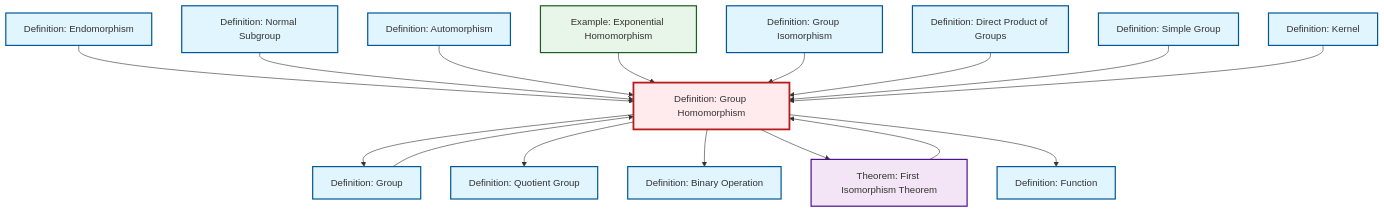
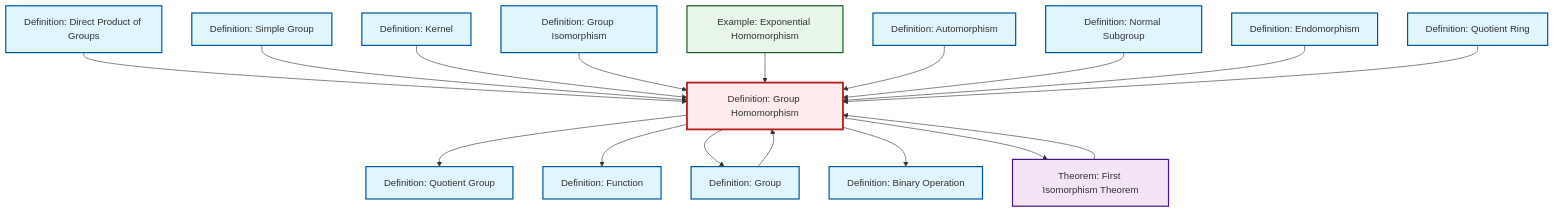
One commit to RK0429/ModernMath changed the diagram in content/en/algebra/def-homomorphism.qmd. Above: the diagram before and after it, drawn with Mermaid. The commit also changed 597 other files, not shown here.

````diff
--- a/content/en/algebra/def-homomorphism.qmd
+++ b/content/en/algebra/def-homomorphism.qmd
@@ -62,52 +62,55 @@
 ```{mermaid}
 %%| fig-cap: "Local dependency graph"
 graph TD
     classDef definition fill:#e1f5fe,stroke:#01579b,stroke-width:2px
     classDef theorem fill:#f3e5f5,stroke:#4a148c,stroke-width:2px
     classDef axiom fill:#fff3e0,stroke:#e65100,stroke-width:2px
     classDef example fill:#e8f5e9,stroke:#1b5e20,stroke-width:2px
     classDef current fill:#ffebee,stroke:#b71c1c,stroke-width:3px
     def-simple-group["Definition: Simple Group"]:::definition
+    def-homomorphism["Definition: Group Homomorphism"]:::definition
+    def-automorphism["Definition: Automorphism"]:::definition
+    def-function["Definition: Function"]:::definition
+    def-isomorphism["Definition: Group Isomorphism"]:::definition
+    ex-exponential-homomorphism["Example: Exponential Homomorphism"]:::example
+    def-quotient-ring["Definition: Quotient Ring"]:::definition
+    def-endomorphism["Definition: Endomorphism"]:::definition
+    def-kernel["Definition: Kernel"]:::definition
+    def-quotient-group["Definition: Quotient Group"]:::definition
+    thm-first-isomorphism["Theorem: First Isomorphism Theorem"]:::theorem
+    def-normal-subgroup["Definition: Normal Subgroup"]:::definition
+    def-direct-product["Definition: Direct Product of Groups"]:::definition
+    def-group["Definition: Group"]:::definition
     def-binary-operation["Definition: Binary Operation"]:::definition
-    def-function["Definition: Function"]:::definition
-    ex-exponential-homomorphism["Example: Exponential Homomorphism"]:::example
-    def-normal-subgroup["Definition: Normal Subgroup"]:::definition
-    def-quotient-group["Definition: Quotient Group"]:::definition
-    def-isomorphism["Definition: Group Isomorphism"]:::definition
-    def-kernel["Definition: Kernel"]:::definition
-    def-endomorphism["Definition: Endomorphism"]:::definition
-    def-group["Definition: Group"]:::definition
-    def-automorphism["Definition: Automorphism"]:::definition
-    def-homomorphism["Definition: Group Homomorphism"]:::definition
-    thm-first-isomorphism["Theorem: First Isomorphism Theorem"]:::theorem
-    def-direct-product["Definition: Direct Product of Groups"]:::definition
-    def-endomorphism --> def-homomorphism
-    def-normal-subgroup --> def-homomorphism
-    def-automorphism --> def-homomorphism
-    def-homomorphism --> def-group
-    ex-exponential-homomorphism --> def-homomorphism
-    def-isomorphism --> def-homomorphism
     def-direct-product --> def-homomorphism
-    thm-first-isomorphism --> def-homomorphism
-    def-group --> def-homomorphism
-    def-homomorphism --> def-quotient-group
-    def-homomorphism --> def-binary-operation
-    def-homomorphism --> thm-first-isomorphism
-    def-homomorphism --> def-function
     def-simple-group --> def-homomorphism
     def-kernel --> def-homomorphism
+    def-homomorphism --> def-quotient-group
+    def-isomorphism --> def-homomorphism
+    def-group --> def-homomorphism
+    ex-exponential-homomorphism --> def-homomorphism
+    def-automorphism --> def-homomorphism
+    def-normal-subgroup --> def-homomorphism
+    def-homomorphism --> def-function
+    def-homomorphism --> def-group
+    def-homomorphism --> def-binary-operation
+    def-endomorphism --> def-homomorphism
+    def-quotient-ring --> def-homomorphism
+    def-homomorphism --> thm-first-isomorphism
+    thm-first-isomorphism --> def-homomorphism
     class def-homomorphism current
     click def-simple-group "def-simple-group.html" "Go to Simple Group definition"
+    click def-automorphism "def-automorphism.html" "Go to Automorphism definition"
+    click def-function "def-function.html" "Go to Function definition"
+    click def-isomorphism "def-isomorphism.html" "Go to Group Isomorphism definition"
+    click ex-exponential-homomorphism "ex-exponential-homomorphism.html" "Go to Exponential Homomorphism example"
+    click def-quotient-ring "def-quotient-ring.html" "Go to Quotient Ring definition"
+    click def-endomorphism "def-endomorphism.html" "Go to Endomorphism definition"
+    click def-kernel "def-kernel.html" "Go to Kernel definition"
+    click def-quotient-group "def-quotient-group.html" "Go to Quotient Group definition"
+    click thm-first-isomorphism "thm-first-isomorphism.html" "Go to First Isomorphism Theorem theorem"
+    click def-normal-subgroup "def-normal-subgroup.html" "Go to Normal Subgroup definition"
+    click def-direct-product "def-direct-product.html" "Go to Direct Product of Groups definition"
+    click def-group "def-group.html" "Go to Group definition"
     click def-binary-operation "def-binary-operation.html" "Go to Binary Operation definition"
-    click def-function "def-function.html" "Go to Function definition"
-    click ex-exponential-homomorphism "ex-exponential-homomorphism.html" "Go to Exponential Homomorphism example"
-    click def-normal-subgroup "def-normal-subgroup.html" "Go to Normal Subgroup definition"
-    click def-quotient-group "def-quotient-group.html" "Go to Quotient Group definition"
-    click def-isomorphism "def-isomorphism.html" "Go to Group Isomorphism definition"
-    click def-kernel "def-kernel.html" "Go to Kernel definition"
-    click def-endomorphism "def-endomorphism.html" "Go to Endomorphism definition"
-    click def-group "def-group.html" "Go to Group definition"
-    click def-automorphism "def-automorphism.html" "Go to Automorphism definition"
-    click thm-first-isomorphism "thm-first-isomorphism.html" "Go to First Isomorphism Theorem theorem"
-    click def-direct-product "def-direct-product.html" "Go to Direct Product of Groups definition"
 ```
````
